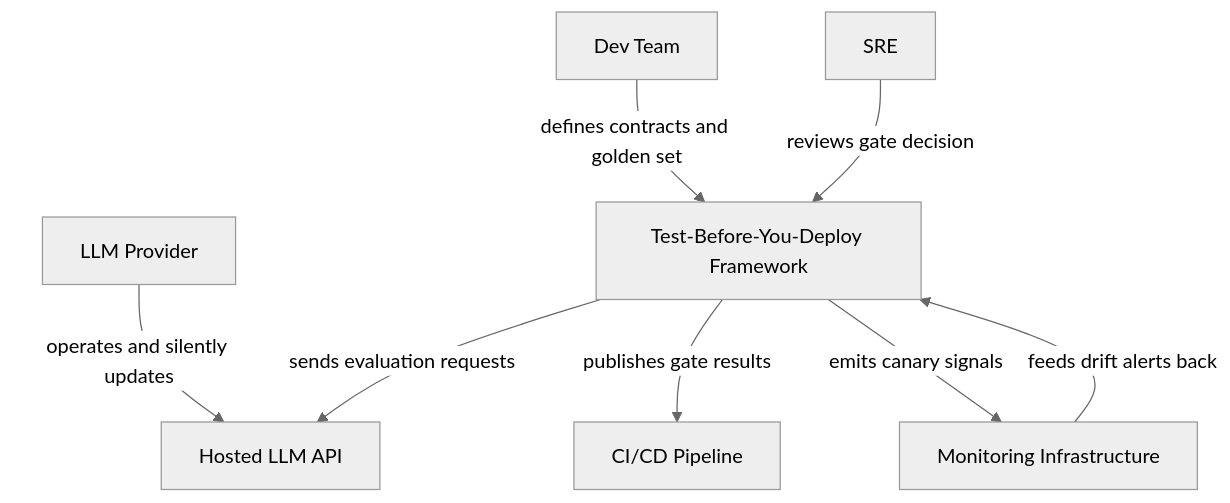
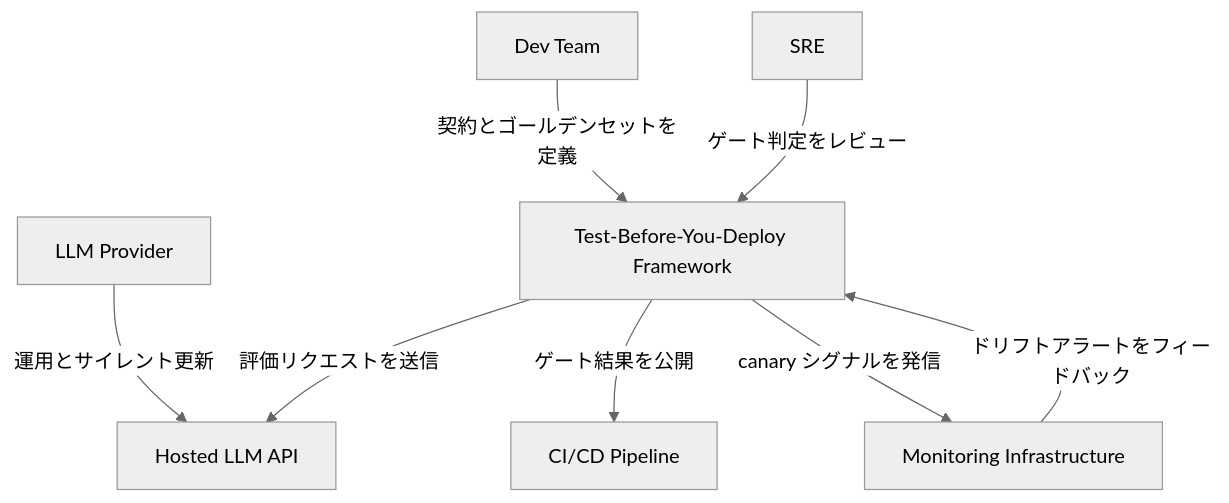
The first of 7 diagrams in articles/test-before-you-deploy_20260502.md (suwa-sh/zenn-contents), drawn with Mermaid (neutral theme) before and after one commit. The commit also changed other lines of this file, not shown here.

````diff
--- a/articles/test-before-you-deploy_20260502.md
+++ b/articles/test-before-you-deploy_20260502.md
@@ -56,18 +57,18 @@
 ```mermaid
 graph TD
     DevTeam[Dev Team]
     SRE[SRE]
     LLMProvider[LLM Provider]
     Framework[Test-Before-You-Deploy Framework]
     HostedLLMAPI[Hosted LLM API]
     CICD[CI/CD Pipeline]
     MonitoringInfra[Monitoring Infrastructure]
 
-    DevTeam -->|defines contracts and golden set| Framework
-    SRE -->|reviews gate decision| Framework
-    Framework -->|sends evaluation requests| HostedLLMAPI
-    Framework -->|publishes gate results| CICD
-    Framework -->|emits canary signals| MonitoringInfra
-    MonitoringInfra -->|feeds drift alerts back| Framework
-    LLMProvider -->|operates and silently updates| HostedLLMAPI
+    DevTeam -->|契約とゴールデンセットを定義| Framework
+    SRE -->|ゲート判定をレビュー| Framework
+    Framework -->|評価リクエストを送信| HostedLLMAPI
+    Framework -->|ゲート結果を公開| CICD
+    Framework -->|canary シグナルを発信| MonitoringInfra
+    MonitoringInfra -->|ドリフトアラートをフィードバック| Framework
+    LLMProvider -->|運用とサイレント更新| HostedLLMAPI
 ```
````
